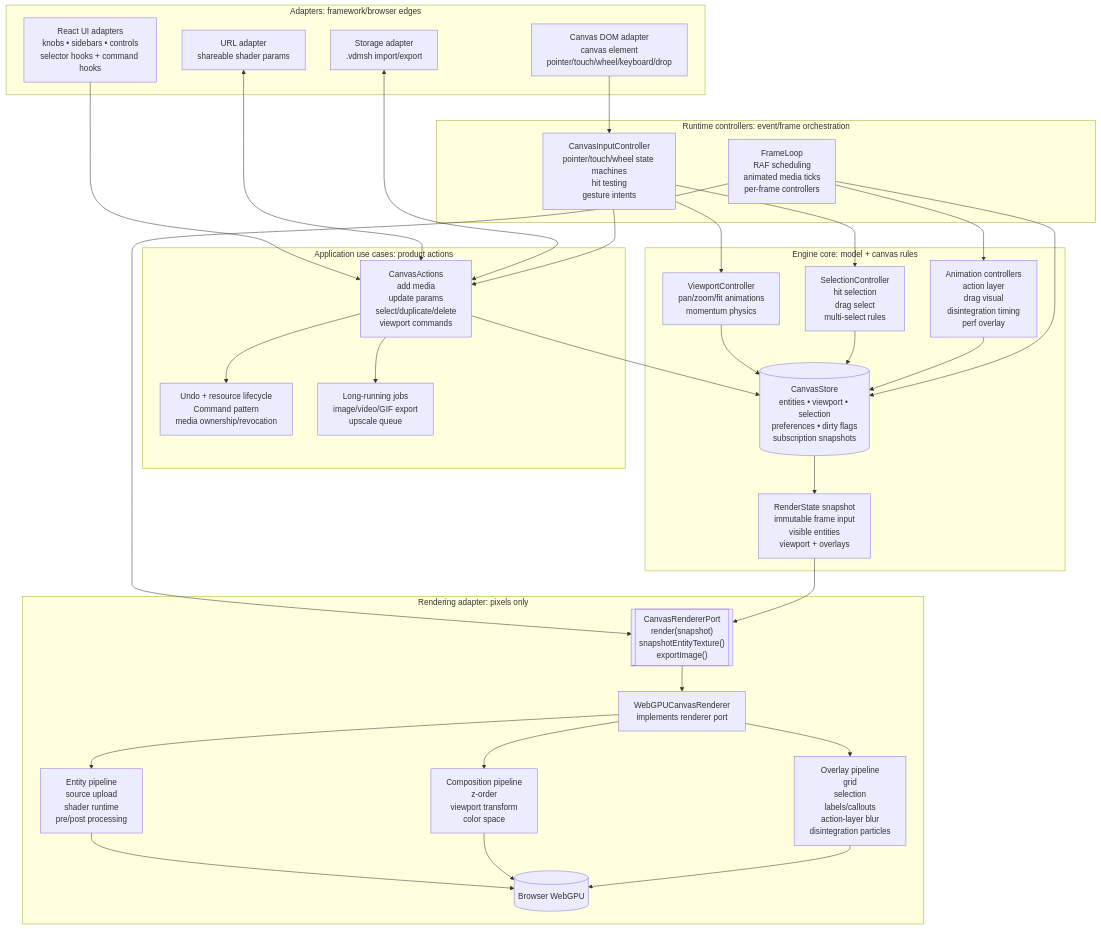
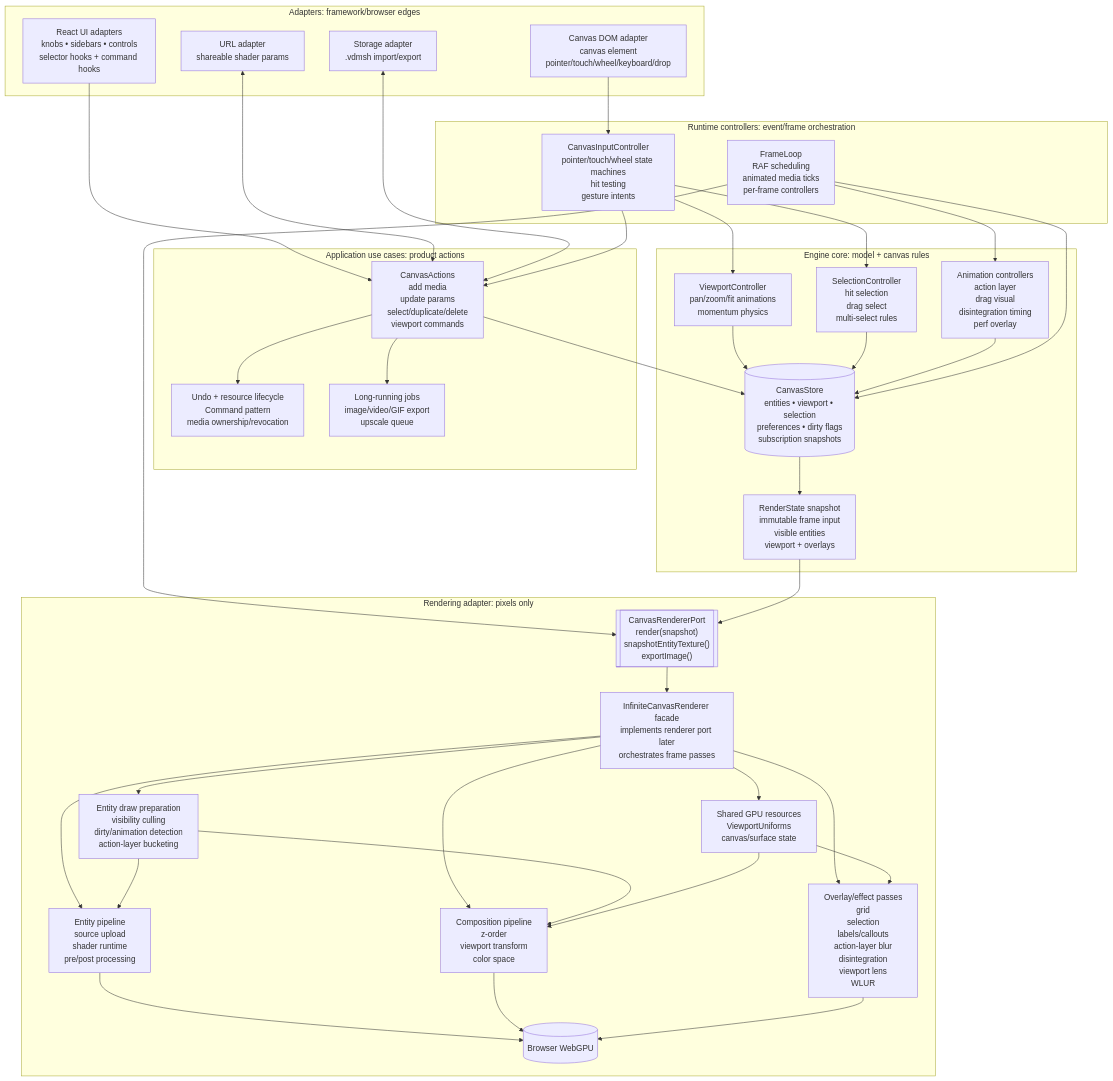
One commit to ogdakke/voidmesh changed the third of 5 diagrams in ARCHITECTURE.md. Above: the diagram before and after it, drawn with Mermaid. The commit also changed other lines of this file and 2 other files, not shown here.

Commit message:
Extract entity draw item preparation

````diff
--- a/ARCHITECTURE.md
+++ b/ARCHITECTURE.md
@@ -214,68 +256,76 @@
 ```mermaid
 flowchart TD
   %% Proposed Voidmesh canvas architecture
 
   subgraph Adapters["Adapters: framework/browser edges"]
     reactUI["React UI adapters<br/>knobs • sidebars • controls<br/>selector hooks + command hooks"]
     canvasDOM["Canvas DOM adapter<br/>canvas element<br/>pointer/touch/wheel/keyboard/drop"]
     urlAdapter["URL adapter<br/>shareable shader params"]
     storageAdapter["Storage adapter<br/>.vdmsh import/export"]
   end
 
   subgraph Application["Application use cases: product actions"]
     actions["CanvasActions<br/>add media<br/>update params<br/>select/duplicate/delete<br/>viewport commands"]
     undo["Undo + resource lifecycle<br/>Command pattern<br/>media ownership/revocation"]
     jobs["Long-running jobs<br/>image/video/GIF export<br/>upscale queue"]
   end
 
   subgraph Runtime["Runtime controllers: event/frame orchestration"]
     inputController["CanvasInputController<br/>pointer/touch/wheel state machines<br/>hit testing<br/>gesture intents"]
     frameLoop["FrameLoop<br/>RAF scheduling<br/>animated media ticks<br/>per-frame controllers"]
   end
 
   subgraph Engine["Engine core: model + canvas rules"]
     store[(CanvasStore<br/>entities • viewport • selection<br/>preferences • dirty flags<br/>subscription snapshots)]
     viewportController["ViewportController<br/>pan/zoom/fit animations<br/>momentum physics"]
     selectionController["SelectionController<br/>hit selection<br/>drag select<br/>multi-select rules"]
     animationControllers["Animation controllers<br/>action layer<br/>drag visual<br/>disintegration timing<br/>perf overlay"]
     renderSnapshot["RenderState snapshot<br/>immutable frame input<br/>visible entities<br/>viewport + overlays"]
   end
 
   subgraph Rendering["Rendering adapter: pixels only"]
     rendererPort[["CanvasRendererPort<br/>render(snapshot)<br/>snapshotEntityTexture()<br/>exportImage()"]]
-    webgpuRenderer["WebGPUCanvasRenderer<br/>implements renderer port"]
+    webgpuRenderer["InfiniteCanvasRenderer facade<br/>implements renderer port later<br/>orchestrates frame passes"]
+    viewportResources["Shared GPU resources<br/>ViewportUniforms<br/>canvas/surface state"]
     entityPipeline["Entity pipeline<br/>source upload<br/>shader runtime<br/>pre/post processing"]
     composition["Composition pipeline<br/>z-order<br/>viewport transform<br/>color space"]
-    overlays["Overlay pipeline<br/>grid<br/>selection<br/>labels/callouts<br/>action-layer blur<br/>disintegration particles"]
+    drawPrep["Entity draw preparation<br/>visibility culling<br/>dirty/animation detection<br/>action-layer bucketing"]
+    overlays["Overlay/effect passes<br/>grid<br/>selection<br/>labels/callouts<br/>action-layer blur<br/>disintegration<br/>viewport lens<br/>WLUR"]
     gpu[(Browser WebGPU)]
   end
 
   reactUI --> actions
   canvasDOM --> inputController
   urlAdapter <--> actions
   storageAdapter <--> actions
 
   inputController --> actions
   inputController --> viewportController
   inputController --> selectionController
   viewportController --> store
   selectionController --> store
   actions --> undo
   actions --> store
   actions --> jobs
 
   frameLoop --> animationControllers
   animationControllers --> store
   frameLoop --> store
   store --> renderSnapshot
   frameLoop --> rendererPort
   renderSnapshot --> rendererPort
 
   rendererPort --> webgpuRenderer
+  webgpuRenderer --> viewportResources
+  webgpuRenderer --> drawPrep
   webgpuRenderer --> entityPipeline
   webgpuRenderer --> composition
   webgpuRenderer --> overlays
+  drawPrep --> entityPipeline
+  drawPrep --> composition
+  viewportResources --> composition
+  viewportResources --> overlays
   entityPipeline --> gpu
   composition --> gpu
   overlays --> gpu
 ```
````
